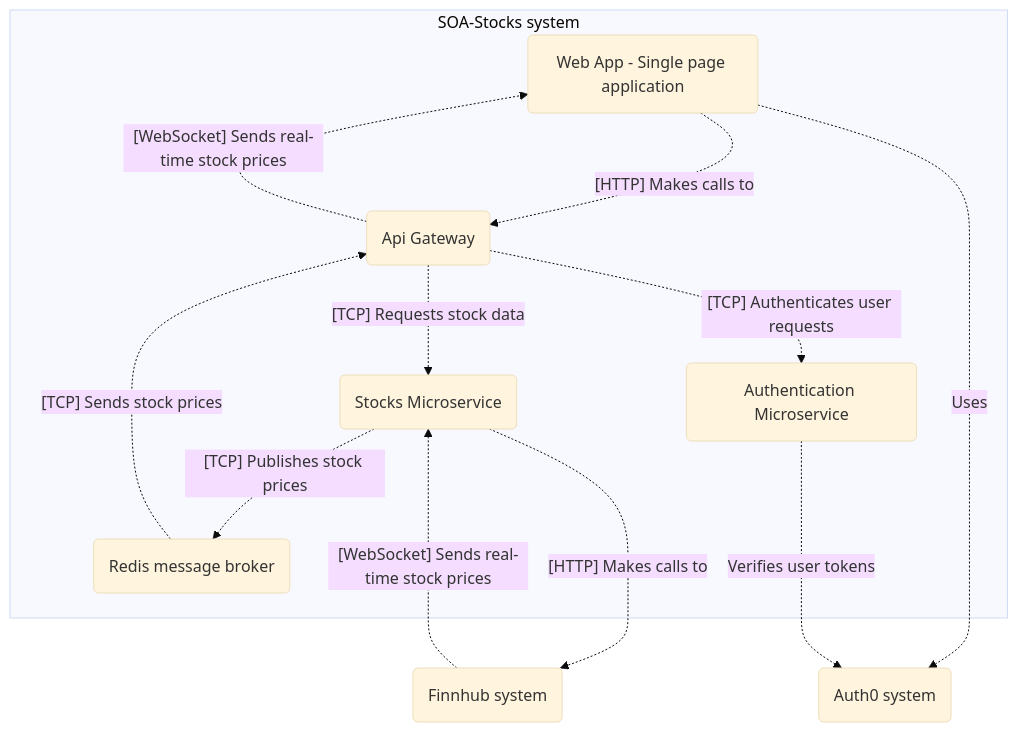
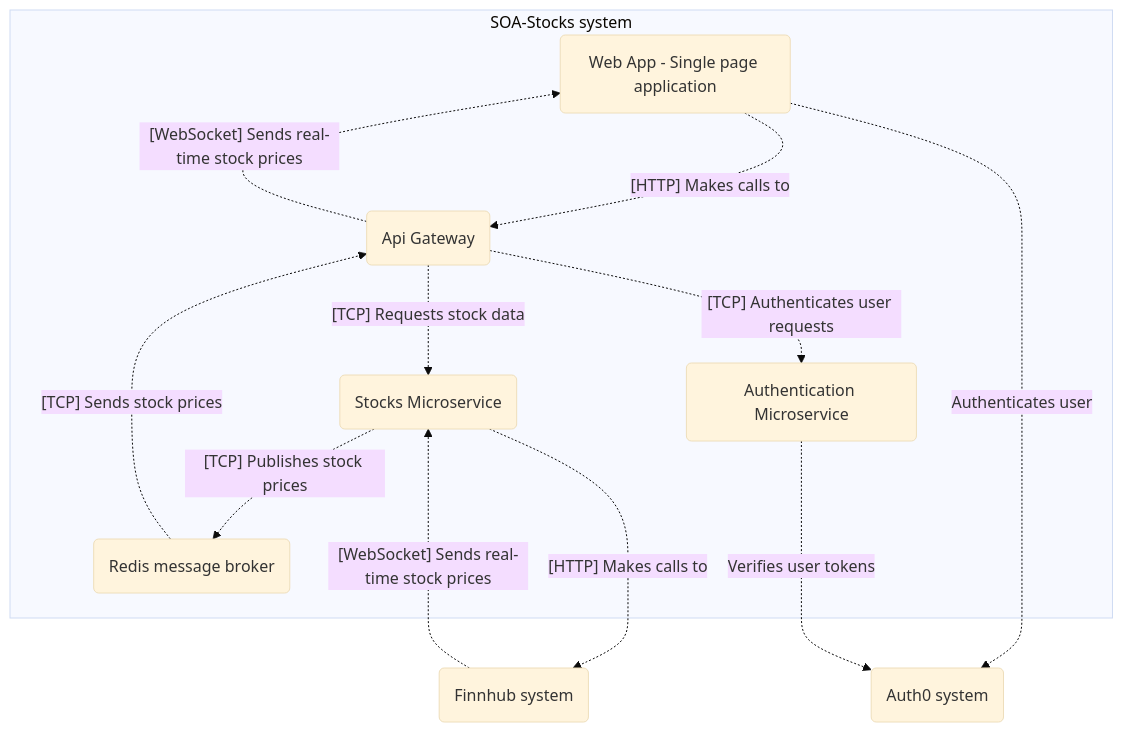
One commit to nesarares/stocks-microservices-nestjs changed the second of 4 diagrams in README.md. Above: the diagram before and after it, drawn with Mermaid (base theme). The commit also changed other lines of this file, not shown here.

Commit message:
Added component diagram of api gateway

````diff
--- a/README.md
+++ b/README.md
@@ -16,26 +16,26 @@
 ```mermaid
 graph TD
 		subgraph SOA-Stocks system
 			WebApp(Web App - Single page application)
 			API(Api Gateway)
 			Auth(Authentication Microservice)
 			Stocks(Stocks Microservice)
 			Redis(Redis message broker)
 		end
 
 		Finnhub(Finnhub system)
 		Auth0(Auth0 system)
 
 		WebApp -. "[HTTP] Makes calls to" .-> API
-		WebApp -. "Uses" .-> Auth0
+		WebApp -. "Authenticates user" .-> Auth0
 		API -. "[TCP] Authenticates user requests" .-> Auth
 		API -. "[TCP] Requests stock data" .-> Stocks
 		API -. "[WebSocket] Sends real-time stock prices" .-> WebApp
 		Redis -. "[TCP] Sends stock prices" .-> API
 
 		Auth -. "Verifies user tokens" ..-> Auth0
 
 		Stocks -. "[HTTP] Makes calls to" ..-> Finnhub
 		Stocks -. "[TCP] Publishes stock prices" .-> Redis
 		Finnhub -. "[WebSocket] Sends real-time stock prices" ..-> Stocks
 ```
````
